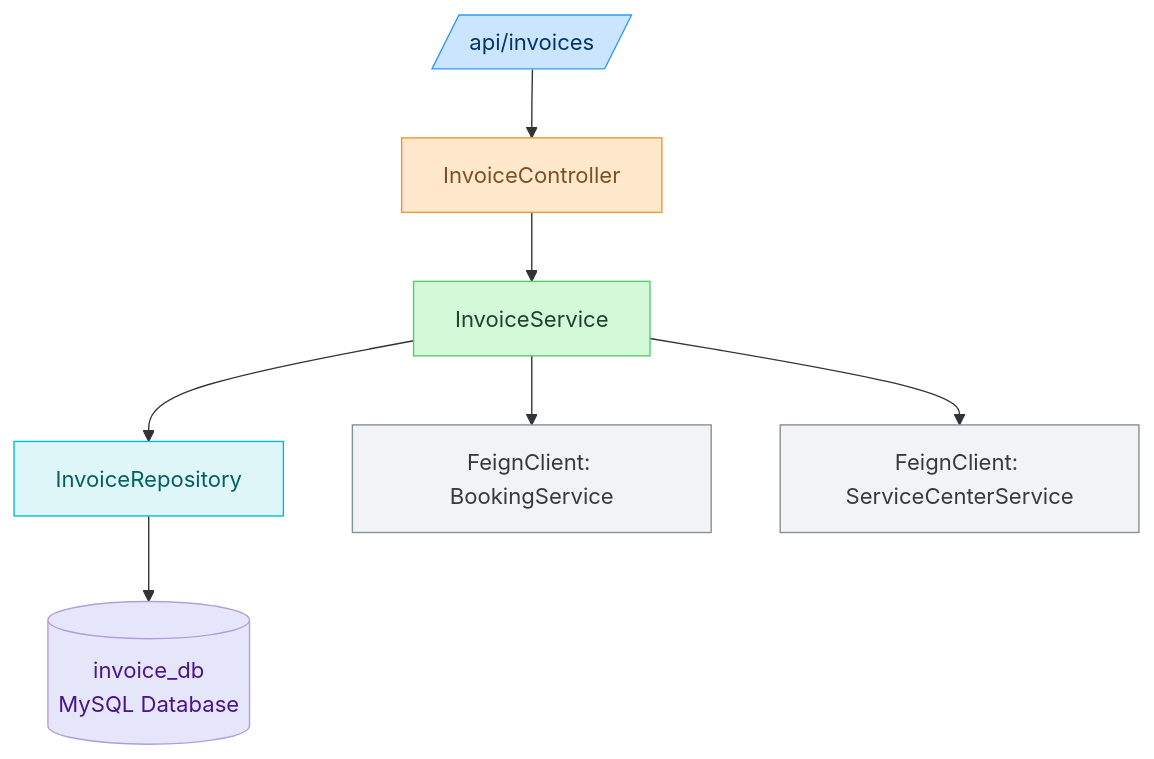
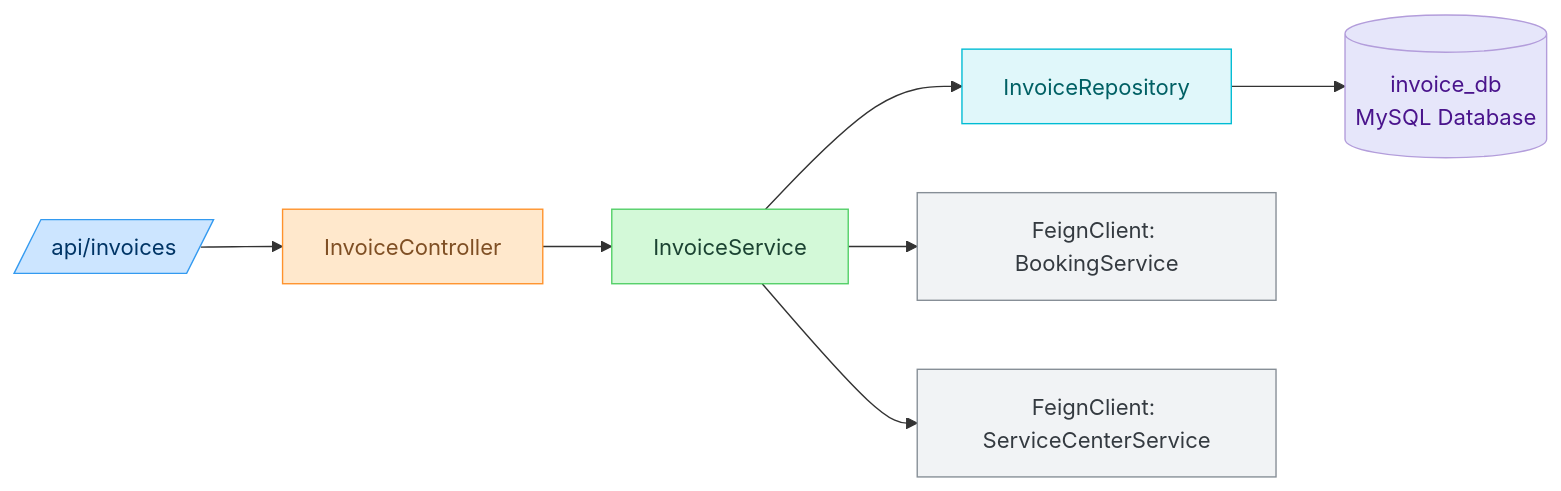
The first of 3 diagrams in invoice.md (rajshinde-cognizant/Vehicle-Service-Booking-System), drawn with Mermaid before and after one commit. The commit also changed other lines of this file, not shown here.

````diff
--- a/invoice.md
+++ b/invoice.md
@@ -84,24 +84,24 @@
 ```mermaid
-flowchart TD
+flowchart LR
   A[/api/invoices/] --> B[InvoiceController]
   B --> C[InvoiceService]
   C --> D[InvoiceRepository]
   D --> E[(invoice_db<br>MySQL Database)]
   C --> F[FeignClient: BookingService]
   C --> G[FeignClient: ServiceCenterService]
 
   %% Color Scheme Styling
   classDef endpoint fill:#cce5ff,stroke:#339af0,color:#003566
   classDef controller fill:#ffe8cc,stroke:#ff922b,color:#7f4f24
   classDef service fill:#d3f9d8,stroke:#51cf66,color:#1b4332
   classDef repository fill:#e0f7fa,stroke:#00bcd4,color:#006064
   classDef database fill:#e6e6fa,stroke:#b39ddb,color:#4a148c
   classDef feign fill:#f1f3f5,stroke:#868e96,color:#343a40
 
   class A endpoint
   class B controller
   class C service
   class D repository
   class E database
   class F,G feign
 ```
````
